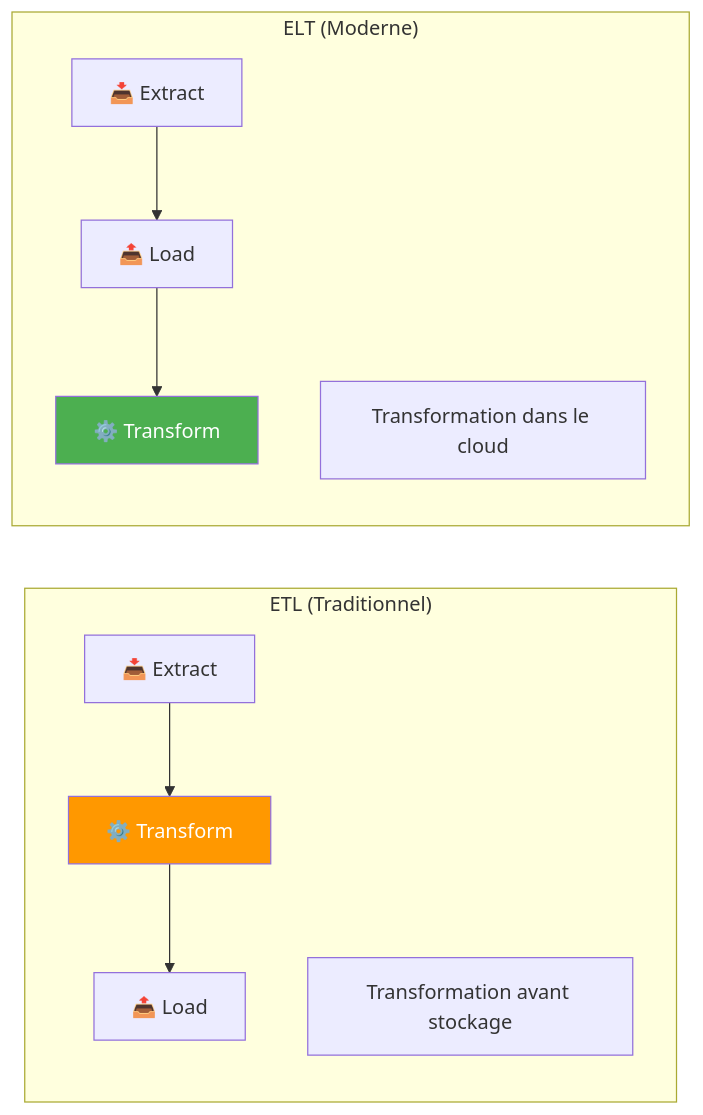
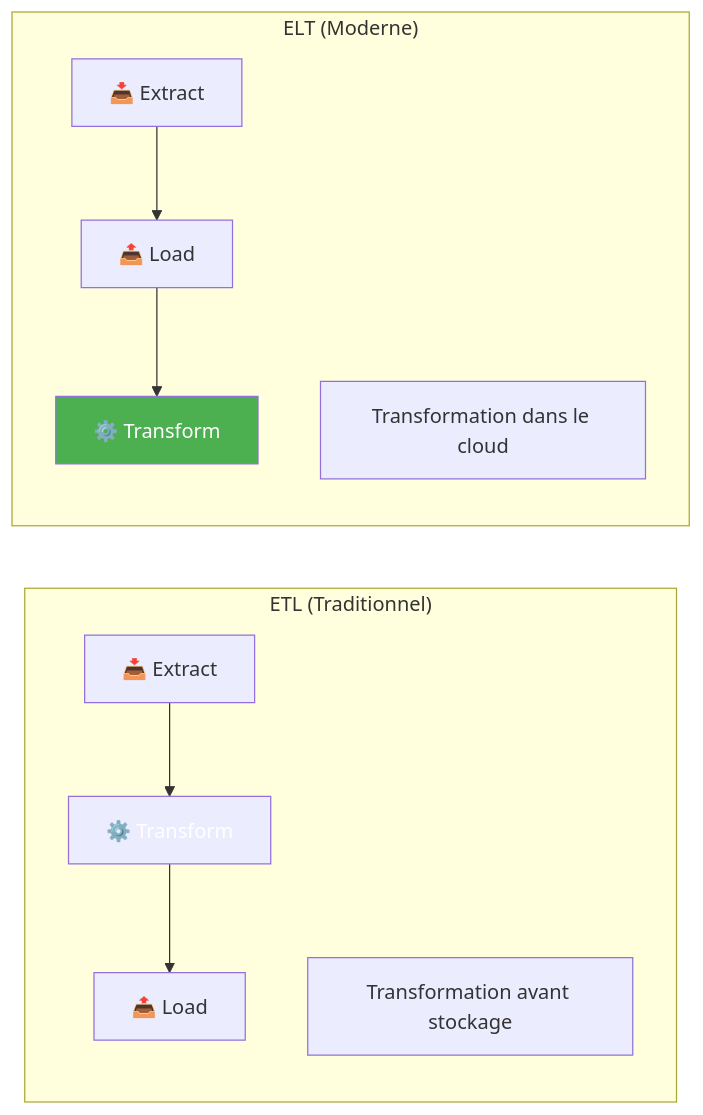
Before and after one commit to VBlackJack/ShellBook: the fourth of 13 diagrams in docs/formations/cloud-fundamentals/10-module.md, drawn with Mermaid. The commit also changed other lines of this file and 337 other files, not shown here.

First line of the commit message:
refactor(docs): Standardize code blocks and Mermaid colors

````diff
--- a/docs/formations/cloud-fundamentals/10-module.md
+++ b/docs/formations/cloud-fundamentals/10-module.md
@@ -151,15 +151,15 @@
 ```mermaid
 graph LR
     subgraph "ETL (Traditionnel)"
         E1["📥 Extract"] --> T1["⚙️ Transform"] --> L1["📤 Load"]
         NOTE1["Transformation avant stockage"]
     end
 
     subgraph "ELT (Moderne)"
         E2["📥 Extract"] --> L2["📤 Load"] --> T2["⚙️ Transform"]
         NOTE2["Transformation dans le cloud"]
     end
 
-    style T1 fill:#ff9800,color:#fff
+    style T1 fill:#FF9800800800,color:#fff
     style T2 fill:#4caf50,color:#fff
 ```
````
